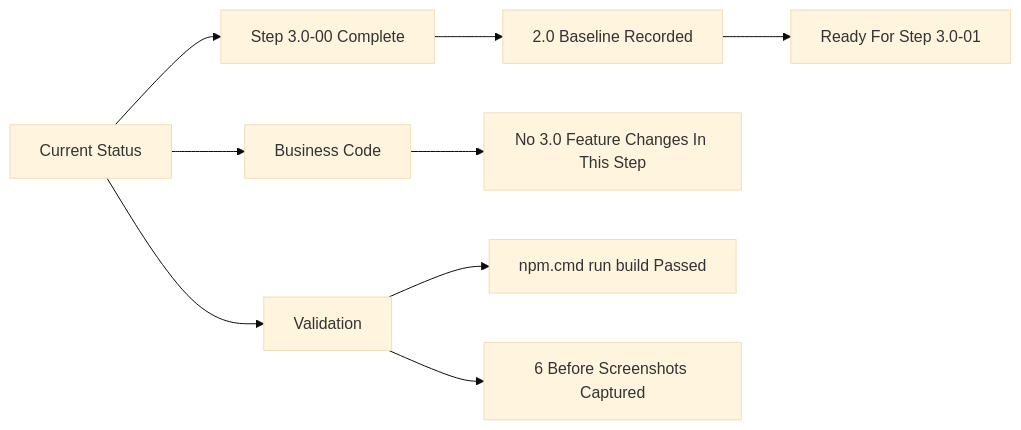
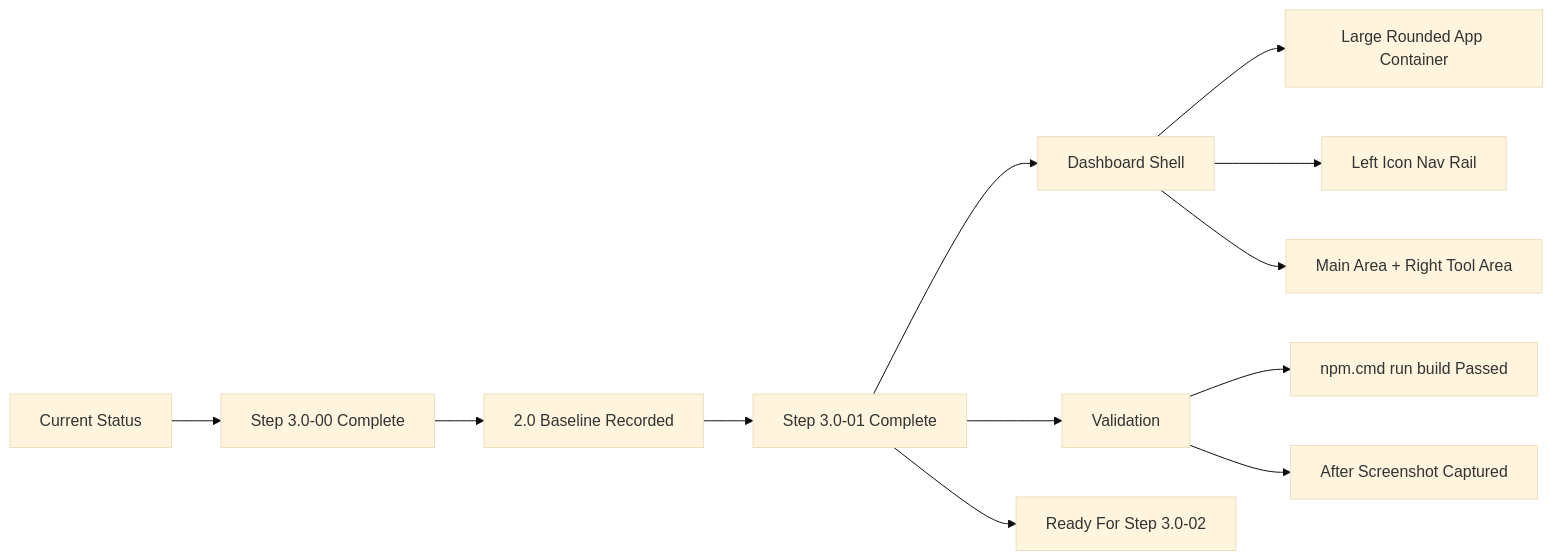
One commit to nouri247351793-dotcom/cooking-ai-planner changed the diagram in 2_coding_documentation/09_v3_upgrade/04_flowcharts_v3/current_status_v3.mmd. Above: the diagram before and after it, drawn with Mermaid (base theme). The commit also changed 12 other files, not shown here.

First line of the commit message:
[step-3.0-01][layout] upgrade dashboard shell and icon nav

```diff
--- a/2_coding_documentation/09_v3_upgrade/04_flowcharts_v3/current_status_v3.mmd
+++ b/2_coding_documentation/09_v3_upgrade/04_flowcharts_v3/current_status_v3.mmd
@@ -1,11 +1,15 @@
 flowchart LR
   A[Current Status] --> B[Step 3.0-00 Complete]
   B --> C[2.0 Baseline Recorded]
-  C --> D[Ready For Step 3.0-01]
+  C --> D[Step 3.0-01 Complete]
 
-  A --> E[Business Code]
-  E --> F[No 3.0 Feature Changes In This Step]
+  D --> E[Dashboard Shell]
+  E --> F[Large Rounded App Container]
+  E --> G[Left Icon Nav Rail]
+  E --> H[Main Area + Right Tool Area]
 
-  A --> G[Validation]
-  G --> H[npm.cmd run build Passed]
-  G --> I[6 Before Screenshots Captured]
+  D --> I[Validation]
+  I --> J[npm.cmd run build Passed]
+  I --> K[After Screenshot Captured]
+
+  D --> L[Ready For Step 3.0-02]
```
